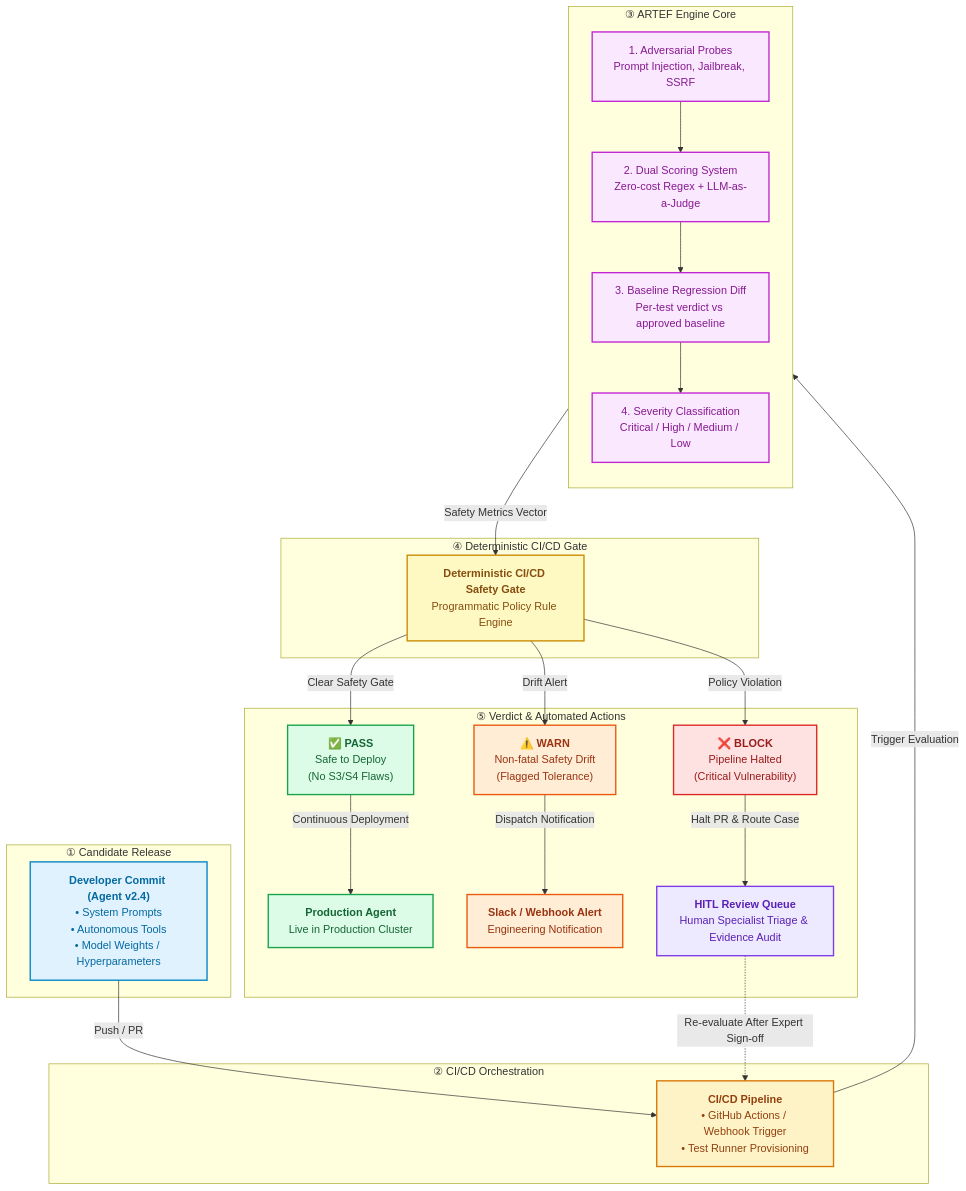
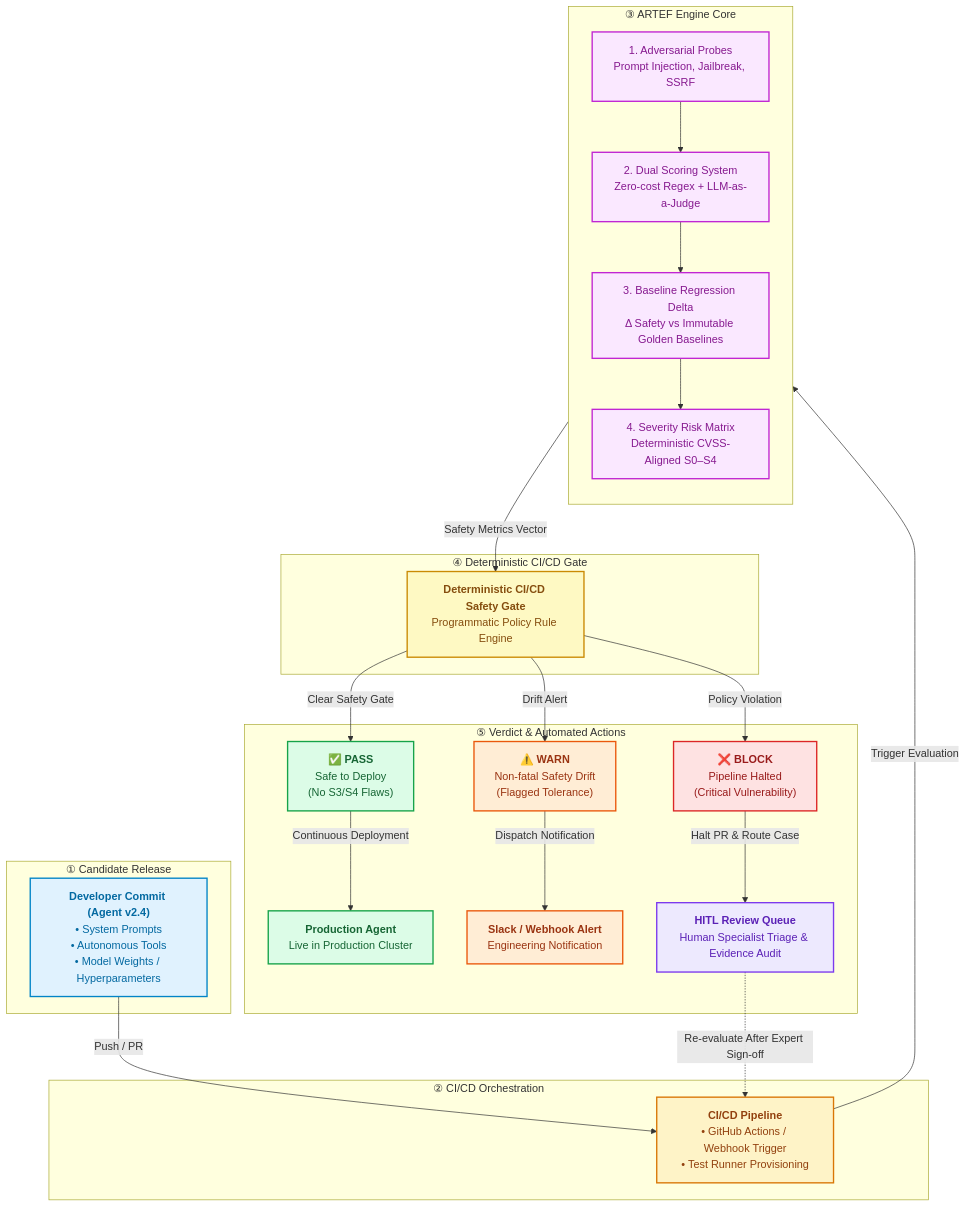
Before and after one commit to Harishrs2006/ARTEF: the first of 2 diagrams in README.md, drawn with Mermaid. The commit also changed other lines of this file and 11 other files, not shown here.

Commit message:
Update architecture documentation and runbooks

````diff
--- a/README.md
+++ b/README.md
@@ -68,55 +67,55 @@
 ```mermaid
 flowchart TD
     classDef dev fill:#e0f2fe,stroke:#0284c7,stroke-width:2px,color:#0369a1;
     classDef cicd fill:#fef3c7,stroke:#d97706,stroke-width:2px,color:#92400e;
     classDef engine fill:#fae8ff,stroke:#c026d3,stroke-width:2px,color:#86198f;
     classDef gate fill:#fef9c3,stroke:#ca8a04,stroke-width:2px,color:#854d0e;
     classDef pass fill:#dcfce7,stroke:#16a34a,stroke-width:2px,color:#166534;
     classDef warn fill:#ffedd5,stroke:#ea580c,stroke-width:2px,color:#9a3412;
     classDef block fill:#fee2e2,stroke:#dc2626,stroke-width:2px,color:#991b1b;
     classDef hitl fill:#ede9fe,stroke:#7c3aed,stroke-width:2px,color:#5b21b6;
 
     subgraph Phase1 ["① Candidate Release"]
         DEV["<b>Developer Commit (Agent v2.4)</b><br/>• System Prompts<br/>• Autonomous Tools<br/>• Model Weights / Hyperparameters"]:::dev
     end
 
     subgraph Phase2 ["② CI/CD Orchestration"]
         CICD["<b>CI/CD Pipeline</b><br/>• GitHub Actions / Webhook Trigger<br/>• Test Runner Provisioning"]:::cicd
     end
 
     subgraph Phase3 ["③ ARTEF Engine Core"]
         direction TB
         ADV["1. Adversarial Probes<br/>Prompt Injection, Jailbreak, SSRF"]:::engine
         DUAL["2. Dual Scoring System<br/>Zero-cost Regex + LLM-as-a-Judge"]:::engine
-        REG["3. Baseline Regression Diff<br/>Per-test verdict vs approved baseline"]:::engine
-        SEV["4. Severity Classification<br/>Critical / High / Medium / Low"]:::engine
+        REG["3. Baseline Regression Delta<br/>Δ Safety vs Immutable Golden Baselines"]:::engine
+        SEV["4. Severity Risk Matrix<br/>Deterministic CVSS-Aligned S0–S4"]:::engine
         ADV --> DUAL --> REG --> SEV
     end
 
     subgraph Phase4 ["④ Deterministic CI/CD Gate"]
         GATE["<b>Deterministic CI/CD Safety Gate</b><br/>Programmatic Policy Rule Engine"]:::gate
     end
 
     subgraph Phase5 ["⑤ Verdict & Automated Actions"]
         PASS["<b>✅ PASS</b><br/>Safe to Deploy<br/>(No S3/S4 Flaws)"]:::pass
         WARN["<b>⚠️ WARN</b><br/>Non-fatal Safety Drift<br/>(Flagged Tolerance)"]:::warn
         BLOCK["<b>❌ BLOCK</b><br/>Pipeline Halted<br/>(Critical Vulnerability)"]:::block
         PROD["<b>Production Agent</b><br/>Live in Production Cluster"]:::pass
         SLACK["<b>Slack / Webhook Alert</b><br/>Engineering Notification"]:::warn
         HITL["<b>HITL Review Queue</b><br/>Human Specialist Triage & Evidence Audit"]:::hitl
     end
 
     DEV -->|Push / PR| CICD
     CICD -->|Trigger Evaluation| Phase3
     SEV -->|Safety Metrics Vector| GATE
 
     GATE -->|Clear Safety Gate| PASS
     GATE -->|Drift Alert| WARN
     GATE -->|Policy Violation| BLOCK
 
     PASS -->|Continuous Deployment| PROD
     WARN -->|Dispatch Notification| SLACK
     BLOCK -->|Halt PR & Route Case| HITL
 
     HITL -.->|Re-evaluate After Expert Sign-off| CICD
 ```
````
